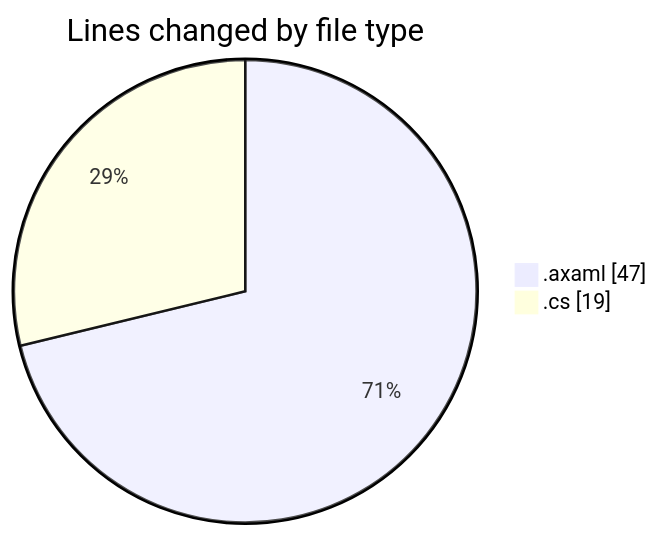
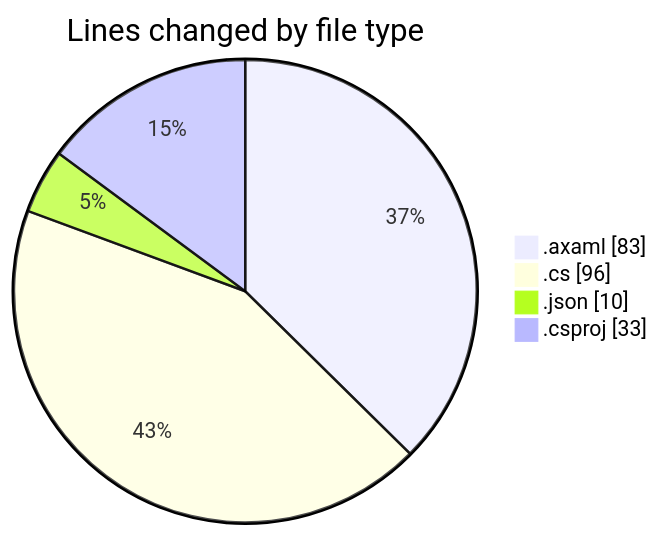
The first of 2 diagrams in 2025-10-21/skintrack/README.md (Netris89/code-tracking), drawn with Mermaid before and after one commit. The commit also changed other lines of this file and 1 other file, not shown here.

````diff
--- a/2025-10-21/skintrack/README.md
+++ b/2025-10-21/skintrack/README.md
@@ -22,6 +28,8 @@
 ```mermaid
 pie showData
 title Lines changed by file type
-".axaml" : 47
-".cs" : 19
+".axaml" : 83
+".cs" : 96
+".json" : 10
+".csproj" : 33
 ```
````
